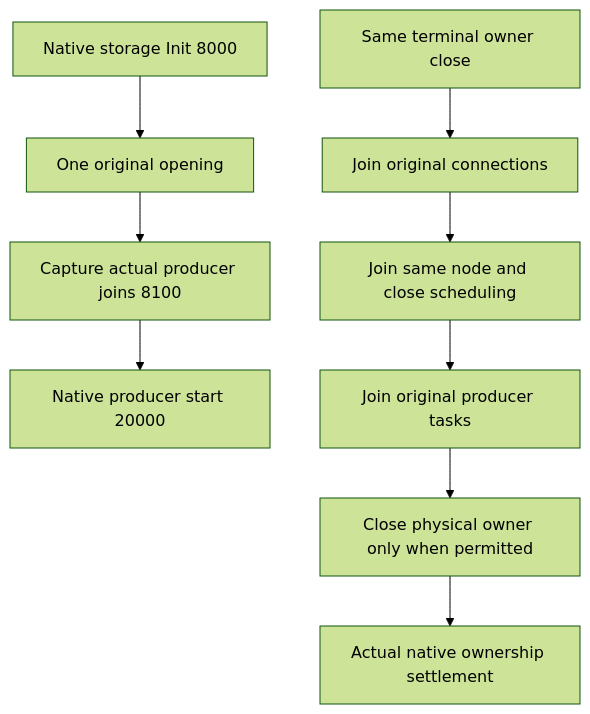
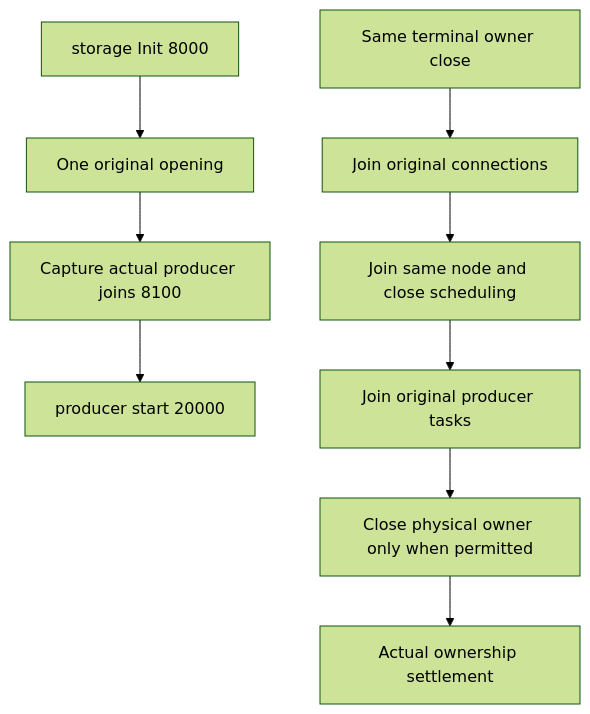
One commit to managedcode/KeyLoad changed the diagram in docs/Features/StorageRecovery/GrainServiceOwnership.md. Above: the diagram before and after it, drawn with Mermaid (forest theme). The commit also changed other lines of this file and 9016 other files, not shown here.

````diff
--- a/docs/Features/StorageRecovery/GrainServiceOwnership.md
+++ b/docs/Features/StorageRecovery/GrainServiceOwnership.md
@@ -19,11 +19,11 @@
 ```mermaid
 flowchart TD
-    Init[Native storage Init 8000] --> Open[One original opening]
+    Init[storage Init 8000] --> Open[One original opening]
     Open --> Capture[Capture actual producer joins 8100]
-    Capture --> Active[Native producer start 20000]
+    Capture --> Active[producer start 20000]
     Dispose[Same terminal owner close] --> Connections[Join original connections]
     Connections --> Node[Join same node and close scheduling]
     Node --> Producers[Join original producer tasks]
     Producers --> Physical[Close physical owner only when permitted]
-    Physical --> Release[Actual native ownership settlement]
+    Physical --> Release[Actual ownership settlement]
 ```
````
